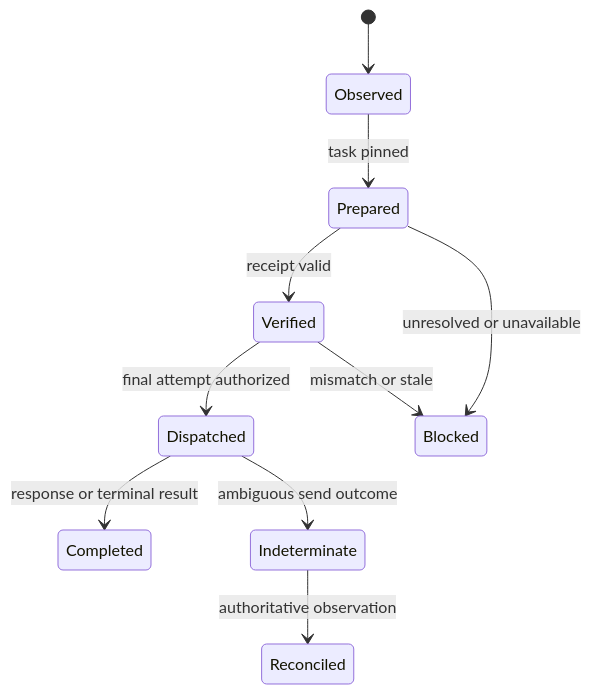
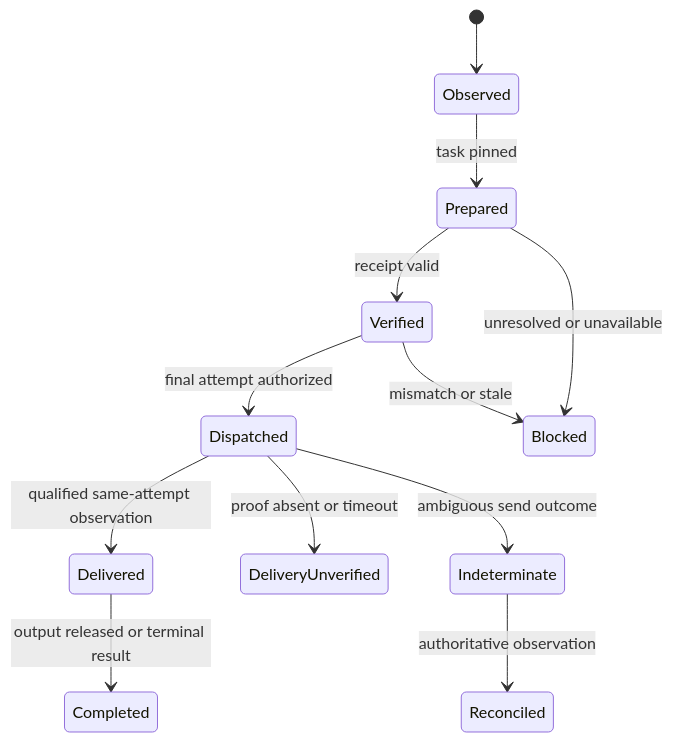
One commit to JasonHuang3D/qiven-docs changed the second of 2 diagrams in proposal/2026-09-25/01-harness-boundary-architecture.md. Above: the diagram before and after it, drawn with Mermaid. The commit also changed other lines of this file and 2 other files, not shown here.

First line of the commit message:
Gate every governed model output on matched same-attempt delivery evidence.

````diff
--- a/proposal/2026-09-25/01-harness-boundary-architecture.md
+++ b/proposal/2026-09-25/01-harness-boundary-architecture.md
@@ -64,12 +64,14 @@
 ```mermaid
 stateDiagram-v2
     [*] --> Observed
     Observed --> Prepared: task pinned
     Prepared --> Verified: receipt valid
     Verified --> Dispatched: final attempt authorized
-    Dispatched --> Completed: response or terminal result
+    Dispatched --> Delivered: qualified same-attempt observation
+    Delivered --> Completed: output released or terminal result
+    Dispatched --> DeliveryUnverified: proof absent or timeout
     Prepared --> Blocked: unresolved or unavailable
     Verified --> Blocked: mismatch or stale
     Dispatched --> Indeterminate: ambiguous send outcome
     Indeterminate --> Reconciled: authoritative observation
 ```
````
